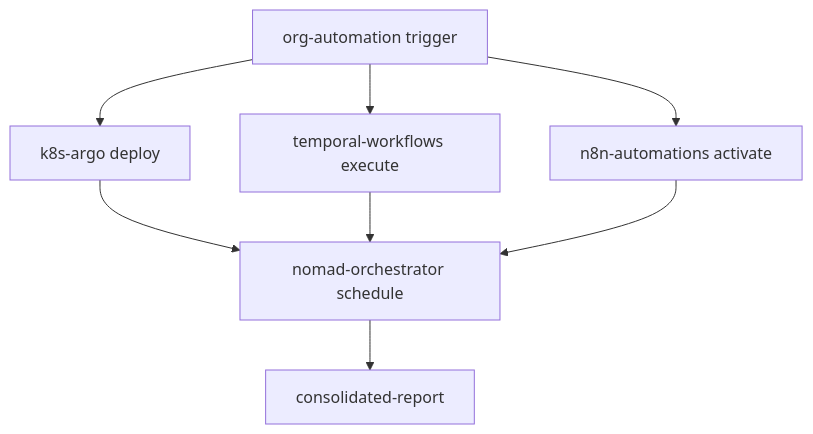
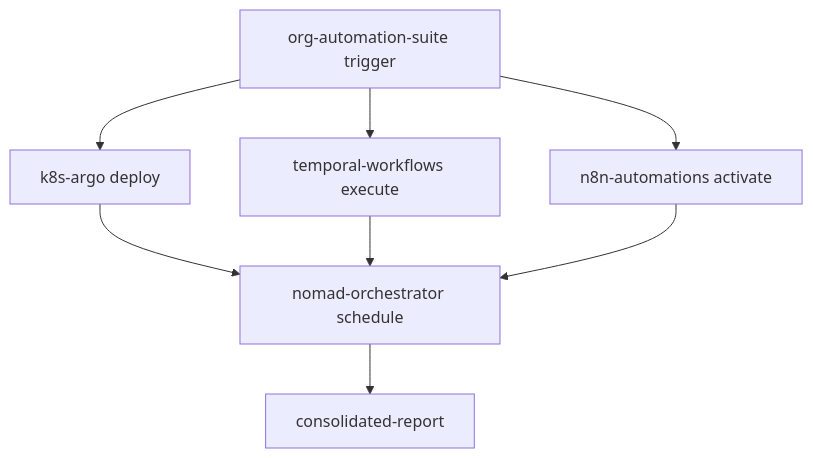
The diagram in docs/MCP_ARCHITECTURE.md (arturdr-org/org-automation), drawn with Mermaid before and after one commit. The commit also changed other lines of this file and 19 other files, not shown here.

````diff
--- a/docs/MCP_ARCHITECTURE.md
+++ b/docs/MCP_ARCHITECTURE.md
@@ -186,10 +186,10 @@
 ```mermaid
 graph TD
-    A[org-automation trigger] --> B[k8s-argo deploy]
+    A[org-automation-suite trigger] --> B[k8s-argo deploy]
     A --> C[temporal-workflows execute]  
     A --> D[n8n-automations activate]
     B --> E[nomad-orchestrator schedule]
     C --> E
     D --> E
     E --> F[consolidated-report]
 ```
````
